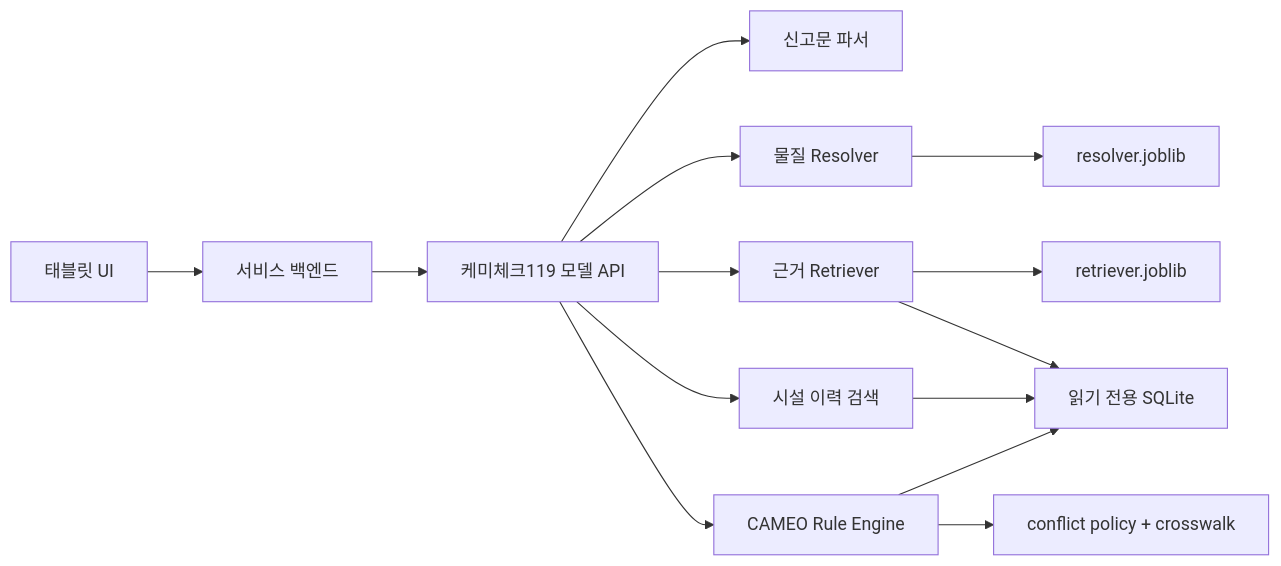
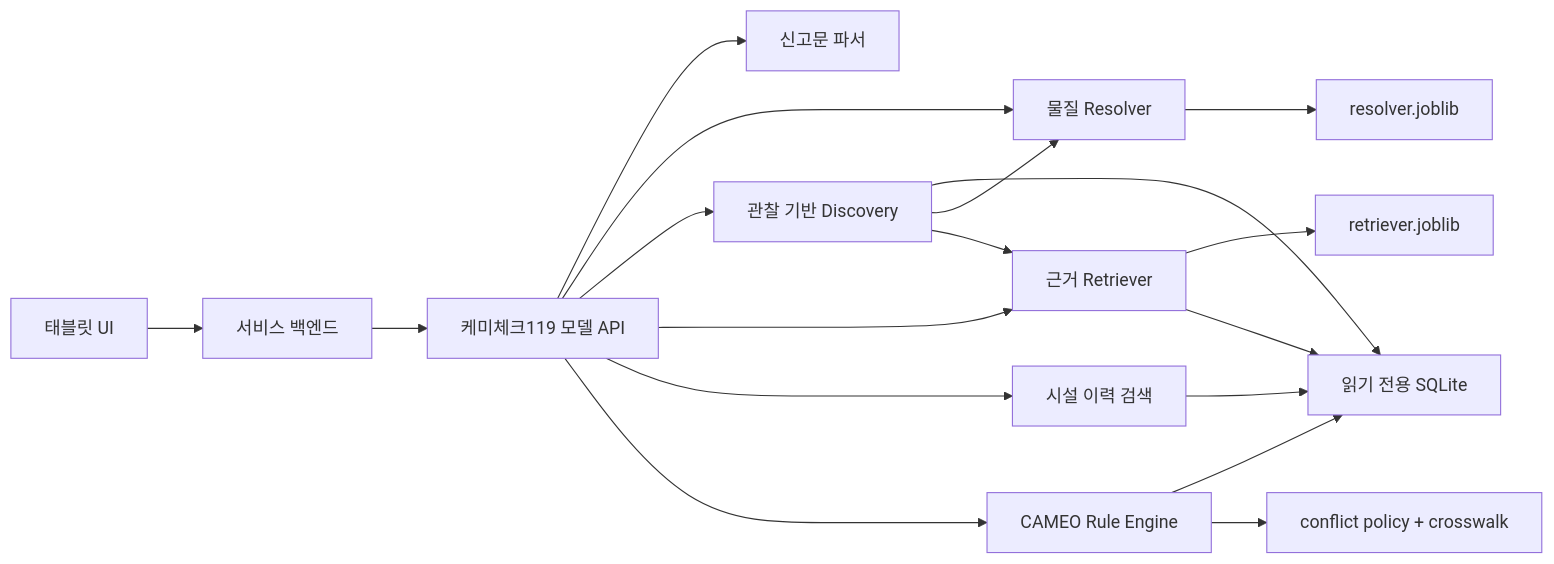
One commit to chemicheck119-lab/analysis-engine changed the first of 3 diagrams in docs/ARCHITECTURE.md. Above: the diagram before and after it, drawn with Mermaid. The commit also changed other lines of this file and 11 other files, not shown here.

````diff
--- a/docs/ARCHITECTURE.md
+++ b/docs/ARCHITECTURE.md
@@ -34,16 +35,20 @@
 ```mermaid
 flowchart LR
     FE["태블릿 UI"] --> BE["서비스 백엔드"]
     BE --> API["케미체크119 모델 API"]
     API --> PARSER["신고문 파서"]
     API --> RESOLVER["물질 Resolver"]
+    API --> DISCOVERY["관찰 기반 Discovery"]
     API --> RETRIEVER["근거 Retriever"]
     API --> FACILITY["시설 이력 검색"]
     API --> RULES["CAMEO Rule Engine"]
     RESOLVER --> MODEL["resolver.joblib"]
+    DISCOVERY --> DB
+    DISCOVERY --> RESOLVER
+    DISCOVERY --> RETRIEVER
     RETRIEVER --> SEARCHMODEL["retriever.joblib"]
     RETRIEVER --> DB["읽기 전용 SQLite"]
     FACILITY --> DB
     RULES --> DB
     RULES --> POLICY["conflict policy + crosswalk"]
 ```
````
